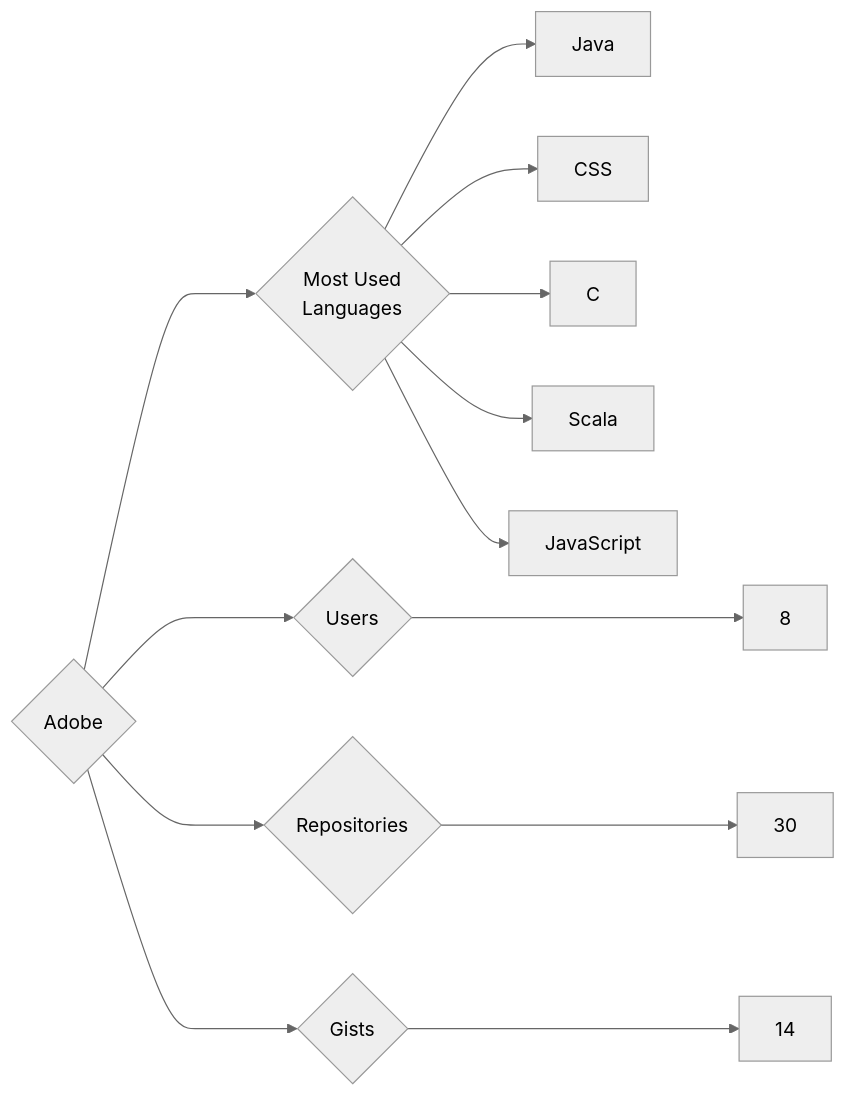
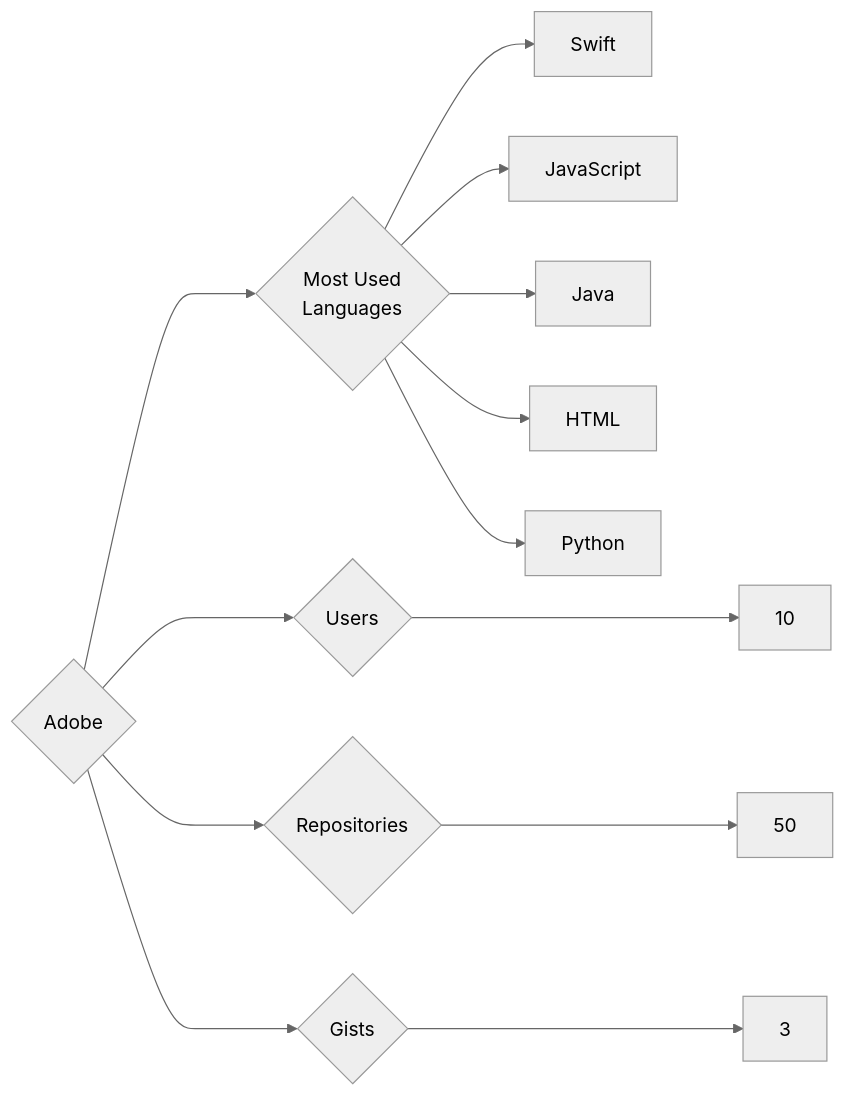
The diagram in targets/Adobe/README.md (trickest/insiders), drawn with Mermaid (neutral theme) before and after one commit. The commit also changed 1088 other files, not shown here.

````diff
--- a/targets/Adobe/README.md
+++ b/targets/Adobe/README.md
@@ -3,13 +3,13 @@
 ```mermaid
 graph LR
 COMPANY_NAME{Adobe}
-COMPANY_NAME ---> U{Users} ---> UN[8]
-COMPANY_NAME ---> R{Repositories} ---> RN[30]
-COMPANY_NAME ---> G{Gists} ---> GN[14]
+COMPANY_NAME ---> U{Users} ---> UN[10]
+COMPANY_NAME ---> R{Repositories} ---> RN[50]
+COMPANY_NAME ---> G{Gists} ---> GN[3]
 COMPANY_NAME ---> ML{Most Used<br>Languages}
+ML --> Swift[Swift]
+ML --> JavaScript[JavaScript]
 ML --> Java[Java]
-ML --> CSS[CSS]
-ML --> C[C]
-ML --> Scala[Scala]
-ML --> JavaScript[JavaScript]
+ML --> HTML[HTML]
+ML --> Python[Python]
 ```
````
